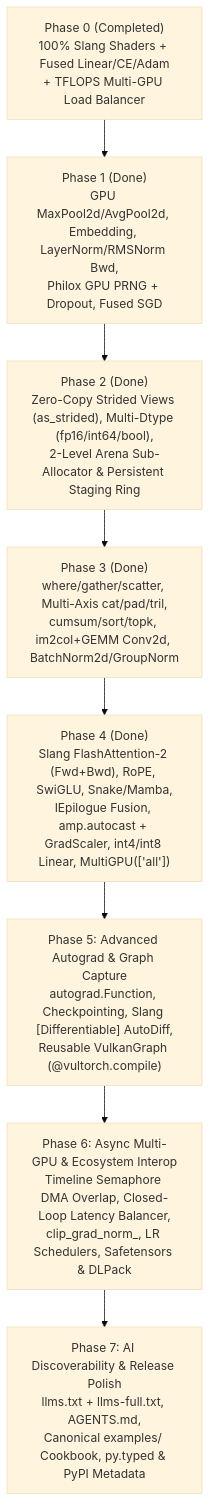
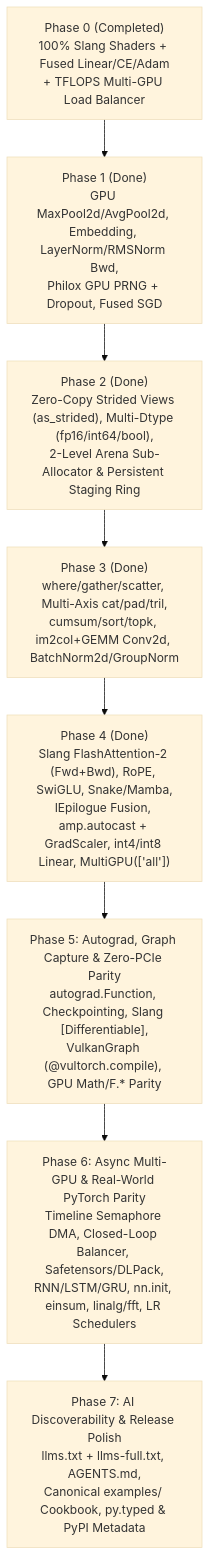
One commit to vinaybhargav/VulTorch changed the diagram in IMPLEMENTATION.md. Above: the diagram before and after it, drawn with Mermaid (base theme). The commit also changed other lines of this file and 27 other files, not shown here.

Commit message:
Complete Phase 5: autograd.Function, Slang [Differentiable], VulkanGraph, @compile, and zero-PCIe GPU parity

````diff
--- a/IMPLEMENTATION.md
+++ b/IMPLEMENTATION.md
@@ -413,13 +458,13 @@
 ```mermaid
 flowchart TD
     P0["Phase 0 (Completed)<br/>100% Slang Shaders + Fused Linear/CE/Adam<br/>+ TFLOPS Multi-GPU Load Balancer"]
     P1["Phase 1 (Done)<br/>GPU MaxPool2d/AvgPool2d, Embedding, LayerNorm/RMSNorm Bwd,<br/>Philox GPU PRNG + Dropout, Fused SGD"]
     P2["Phase 2 (Done)<br/>Zero-Copy Strided Views (as_strided), Multi-Dtype (fp16/int64/bool),<br/>2-Level Arena Sub-Allocator & Persistent Staging Ring"]
     P3["Phase 3 (Done)<br/>where/gather/scatter, Multi-Axis cat/pad/tril,<br/>cumsum/sort/topk, im2col+GEMM Conv2d, BatchNorm2d/GroupNorm"]
     P4["Phase 4 (Done)<br/>Slang FlashAttention-2 (Fwd+Bwd), RoPE, SwiGLU, Snake/Mamba,<br/>IEpilogue Fusion, amp.autocast + GradScaler, int4/int8 Linear, MultiGPU(['all'])"]
-    P5["Phase 5: Advanced Autograd & Graph Capture<br/>autograd.Function, Checkpointing, Slang [Differentiable] AutoDiff,<br/>Reusable VulkanGraph (@vultorch.compile)"]
-    P6["Phase 6: Async Multi-GPU & Ecosystem Interop<br/>Timeline Semaphore DMA Overlap, Closed-Loop Latency Balancer,<br/>clip_grad_norm_, LR Schedulers, Safetensors & DLPack"]
+    P5["Phase 5: Autograd, Graph Capture & Zero-PCIe Parity<br/>autograd.Function, Checkpointing, Slang [Differentiable],<br/>VulkanGraph (@vultorch.compile), GPU Math/F.* Parity"]
+    P6["Phase 6: Async Multi-GPU & Real-World PyTorch Parity<br/>Timeline Semaphore DMA, Closed-Loop Balancer, Safetensors/DLPack,<br/>RNN/LSTM/GRU, nn.init, einsum, linalg/fft, LR Schedulers"]
     P7["Phase 7: AI Discoverability & Release Polish<br/>llms.txt + llms-full.txt, AGENTS.md,<br/>Canonical examples/ Cookbook, py.typed & PyPI Metadata"]
 
     P0 --> P1 --> P2 --> P3 --> P4 --> P5 --> P6 --> P7
 ```
````
